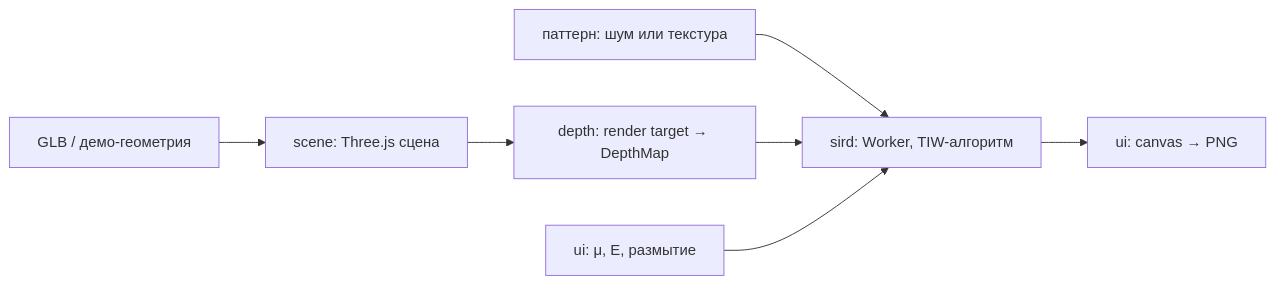
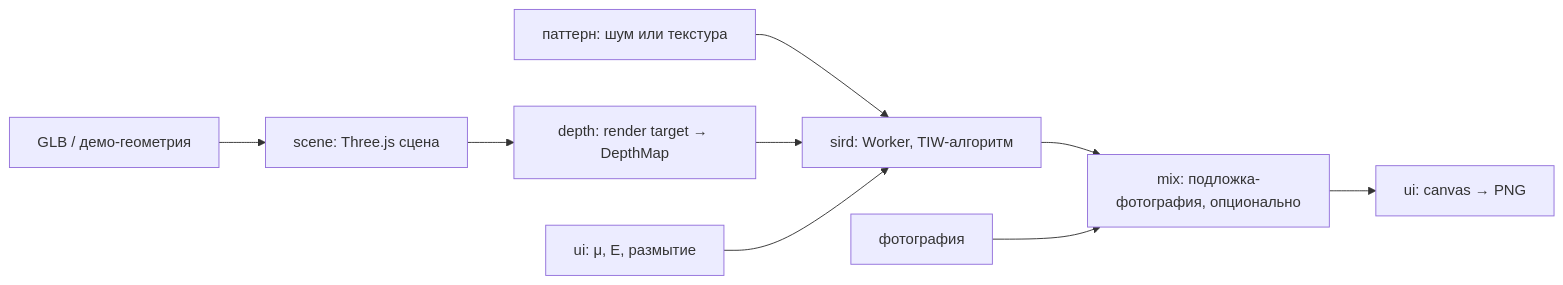
The diagram in docs/architecture.md (DLL-chief/3D2SIRD), drawn with Mermaid before and after one commit. The commit also changed other lines of this file and 11 other files, not shown here.

````diff
--- a/docs/architecture.md
+++ b/docs/architecture.md
@@ -36,9 +39,11 @@
 ```mermaid
 flowchart LR
   File[GLB / демо-геометрия] --> Scene[scene: Three.js сцена]
   Scene --> Depth[depth: render target → DepthMap]
   Pattern[паттерн: шум или текстура] --> Sird
   Depth --> Sird[sird: Worker, TIW-алгоритм]
   Params[ui: μ, E, размытие] --> Sird
-  Sird --> Canvas[ui: canvas → PNG]
+  Sird --> Mix[mix: подложка-фотография, опционально]
+  Photo[фотография] --> Mix
+  Mix --> Canvas[ui: canvas → PNG]
 ```
````
